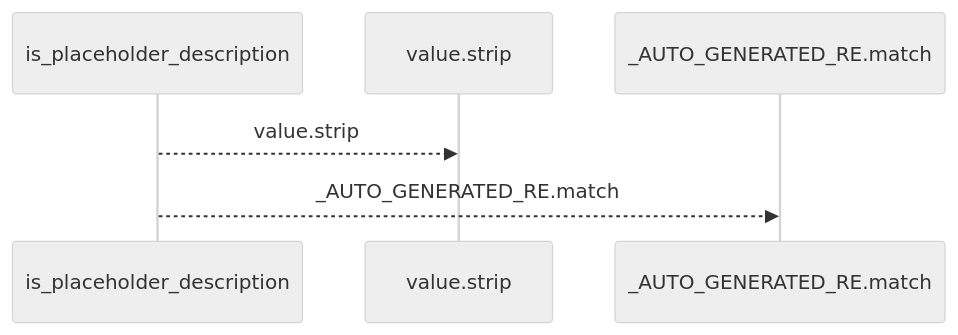
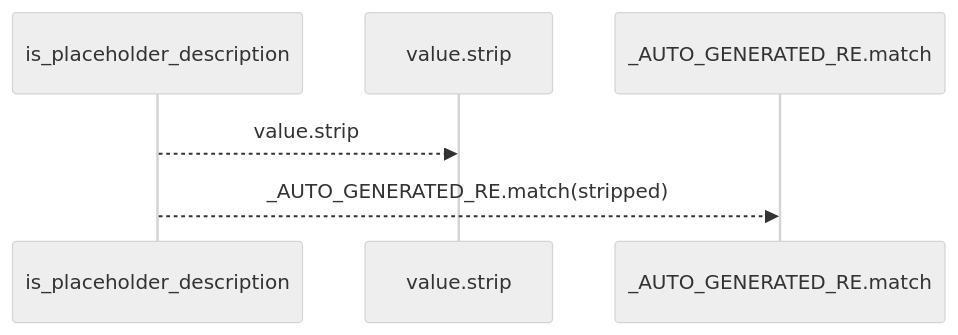
The first of 2 diagrams in docs/llm_wiki/flows/api-is_placeholder_description.md (Denissvgn/python-wiki-llm), drawn with Mermaid (neutral theme) before and after one commit. The commit also changed other lines of this file and 1410 other files, not shown here.

````diff
--- a/docs/llm_wiki/flows/api-is_placeholder_description.md
+++ b/docs/llm_wiki/flows/api-is_placeholder_description.md
@@ -10,8 +12,8 @@
 ```mermaid
 sequenceDiagram
     participant p0 as is_placeholder_description
     participant p1 as value.strip
     participant p2 as _AUTO_GENERATED_RE.match
     p0-->>p1: value.strip
-    p0-->>p2: _AUTO_GENERATED_RE.match
+    p0-->>p2: _AUTO_GENERATED_RE.match(stripped)
 ```
````
